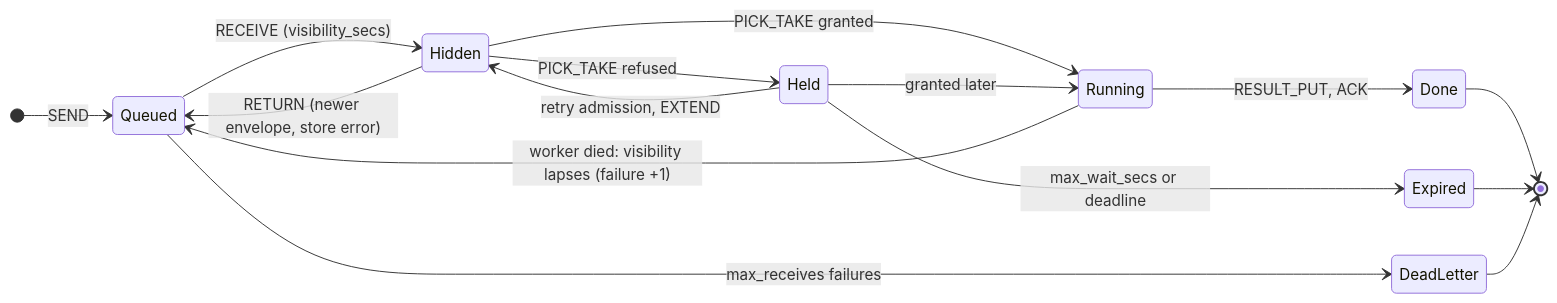
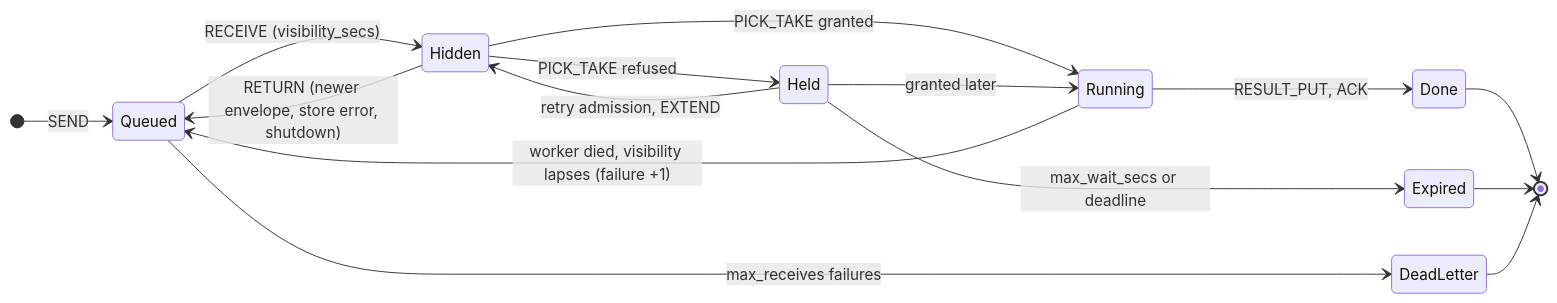
One commit to techiewonk/llm-queue changed the first of 17 diagrams in docs/explanation/call-lifecycle.md. Above: the diagram before and after it, drawn with Mermaid. The commit also changed other lines of this file, not shown here.

First line of the commit message:
Document every call flow with diagrams and the store keys each step touches

````diff
--- a/docs/explanation/call-lifecycle.md
+++ b/docs/explanation/call-lifecycle.md
@@ -63,18 +33,18 @@
 ```mermaid
 stateDiagram-v2
   direction LR
   [*] --> Queued: SEND
   Queued --> Hidden: RECEIVE (visibility_secs)
   Hidden --> Held: PICK_TAKE refused
   Held --> Hidden: retry admission, EXTEND
   Hidden --> Running: PICK_TAKE granted
   Held --> Running: granted later
   Running --> Done: RESULT_PUT, ACK
   Held --> Expired: max_wait_secs or deadline
-  Running --> Queued: worker died: visibility lapses (failure +1)
-  Hidden --> Queued: RETURN (newer envelope, store error)
+  Running --> Queued: worker died, visibility lapses (failure +1)
+  Hidden --> Queued: RETURN (newer envelope, store error, shutdown)
   Queued --> DeadLetter: max_receives failures
   Done --> [*]
   Expired --> [*]
   DeadLetter --> [*]
 ```
````
